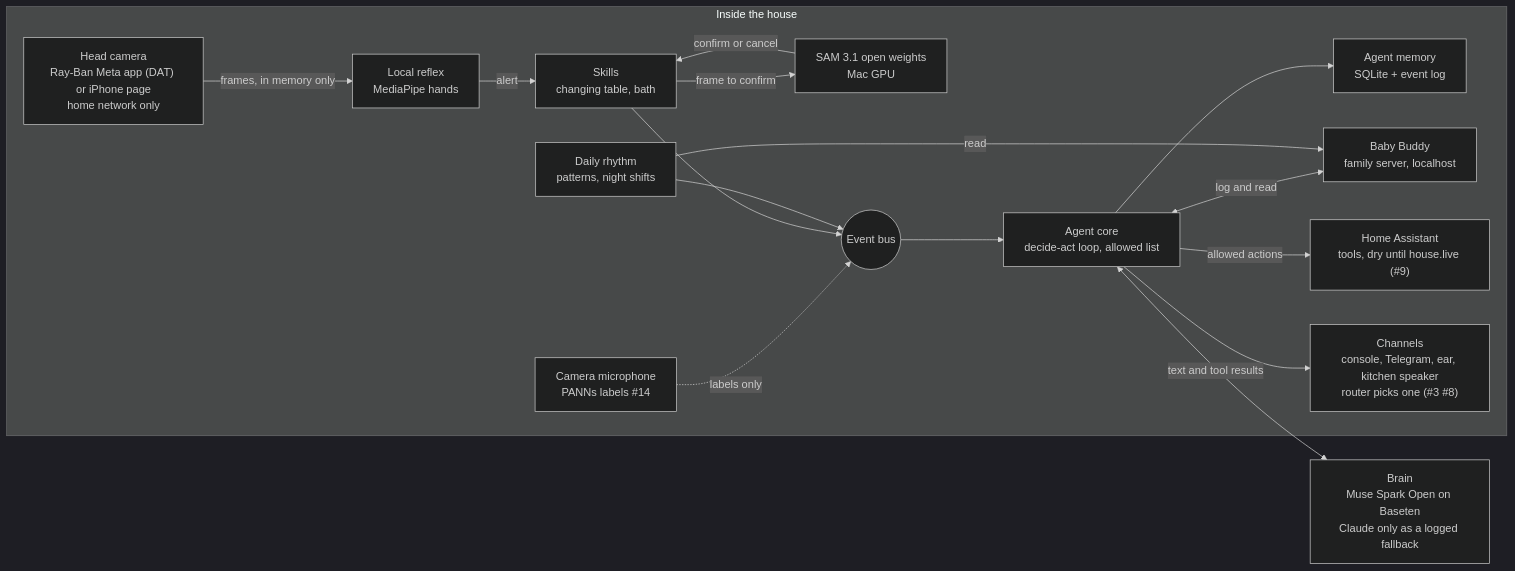
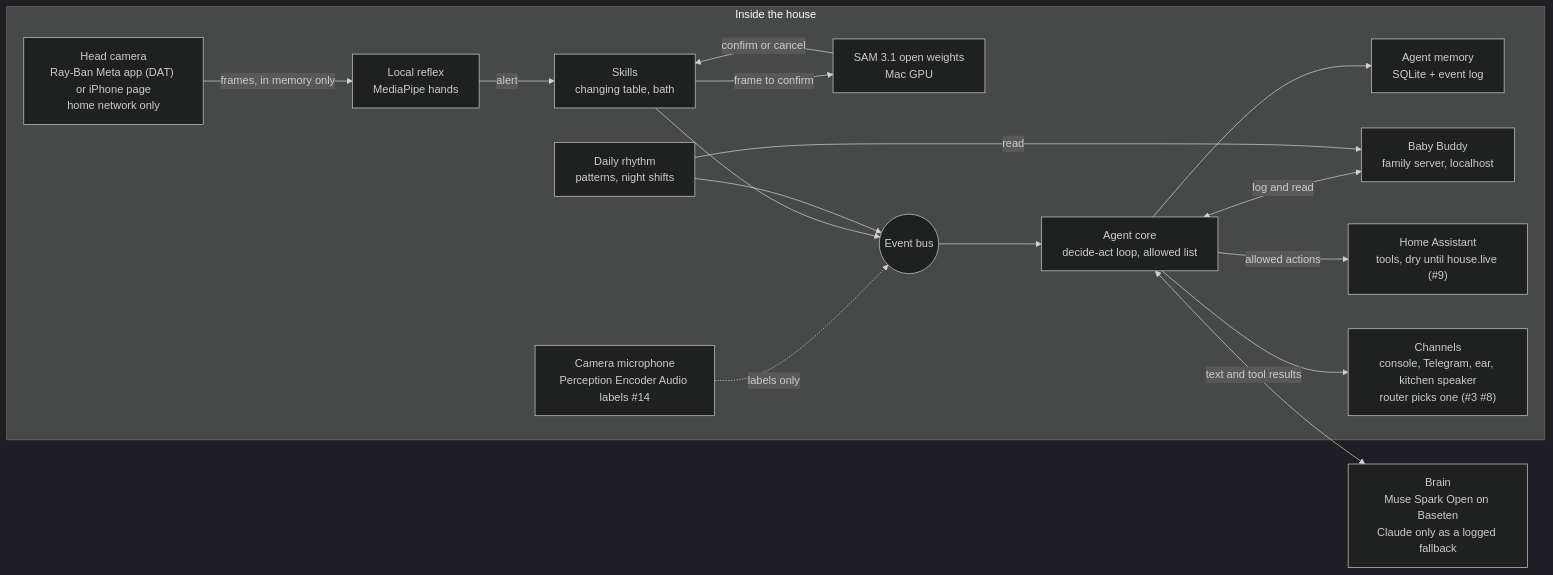
Before and after one commit to gonzalomelov/theos-house: the diagram in docs/architecture.md, drawn with Mermaid (dark theme). The commit also changed other lines of this file and 25 other files, not shown here.

First line of the commit message:
The Ear hears with Meta Perception Encoder Audio, PANNs out of the runtime (#172) (#173)

````diff
--- a/docs/architecture.md
+++ b/docs/architecture.md
@@ -5,33 +5,33 @@
 ```mermaid
 flowchart LR
   subgraph House["Inside the house"]
     cam["Head camera<br/>Ray-Ban Meta app (DAT) or iPhone page<br/>home network only"]
-    mic["Camera microphone<br/>PANNs labels #14"]
+    mic["Camera microphone<br/>Perception Encoder Audio labels #14"]
     reflex["Local reflex<br/>MediaPipe hands"]
     sam["SAM 3.1 open weights<br/>Mac GPU"]
     bus(("Event bus"))
     core["Agent core<br/>decide-act loop, allowed list"]
     mem["Agent memory<br/>SQLite + event log"]
     bb["Baby Buddy<br/>family server, localhost"]
     rhythm["Daily rhythm<br/>patterns, night shifts"]
     skills["Skills<br/>changing table, bath"]
     ha["Home Assistant<br/>tools, dry until house.live (#9)"]
     chan["Channels<br/>console, Telegram, ear, kitchen speaker<br/>router picks one (#3 #8)"]
   end
   brain["Brain<br/>Muse Spark Open on Baseten<br/>Claude only as a logged fallback"]
 
   cam -->|frames, in memory only| reflex
   reflex -->|alert| skills
   skills -->|frame to confirm| sam
   sam -->|confirm or cancel| skills
   mic -.->|labels only| bus
   skills --> bus
   rhythm --> bus
   bus --> core
   core <-->|text and tool results| brain
   core --> mem
   core <-->|log and read| bb
   rhythm -->|read| bb
   core -->|allowed actions| ha
   core --> chan
 ```
````
